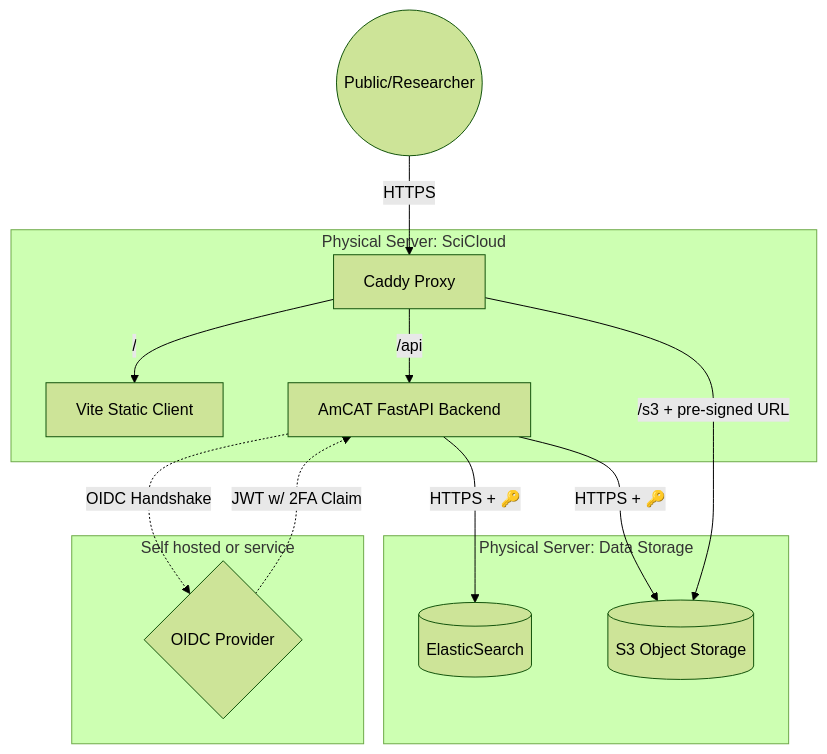
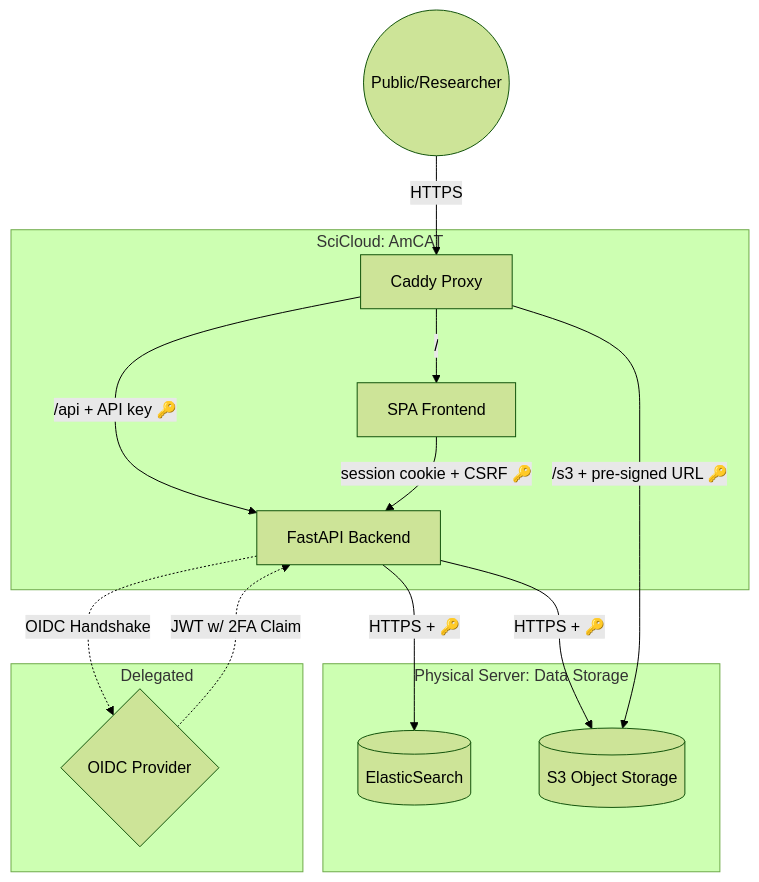
One commit to kasperwelbers/societal-analytics-lab-infra changed the diagram in docs/amcat.md. Above: the diagram before and after it, drawn with Mermaid (forest theme). The commit also changed other lines of this file and 1 other file, not shown here.

Commit message:
minor updates

````diff
--- a/docs/amcat.md
+++ b/docs/amcat.md
@@ -7,22 +7,23 @@
 ```mermaid
 graph TD
     User((Public/Researcher)) -->|HTTPS| Caddy[Caddy Proxy]
     
-    subgraph SciCloud [Physical Server: SciCloud]
-        Caddy -->|/| Vite[Vite Static Client]
-        Caddy -->|/api| FastAPI[AmCAT FastAPI Backend]
+    subgraph SciCloud [SciCloud: AmCAT]
+        Caddy -->|/| Frontend[SPA Frontend]
+        Caddy -->|/api + API key 🔑| Backend[FastAPI Backend]
+        Frontend -->|session cookie + CSRF 🔑| Backend
     end
 
     subgraph Storage [Physical Server: Data Storage]
-        FastAPI -->|HTTPS + 🔑| ES[(ElasticSearch)]
-        FastAPI -->|HTTPS + 🔑| S3[(S3 Object Storage)]
+        Backend -->|HTTPS + 🔑| ES[(ElasticSearch)]
+        Backend -->|HTTPS + 🔑| S3[(S3 Object Storage)]
     end
 
-    subgraph Auth [Self hosted or service]
-        FastAPI -.->|OIDC Handshake| IdP{OIDC Provider}
-        IdP -.->|JWT w/ 2FA Claim| FastAPI
+    subgraph Auth [Delegated]
+        Backend -.->|OIDC Handshake| IdP{OIDC Provider}
+        IdP -.->|JWT w/ 2FA Claim| Backend
     end
     
     %% Connections for direct S3 access mentioned earlier
-    Caddy -->|/s3 + pre-signed URL| S3
+    Caddy -->|/s3 + pre-signed URL 🔑| S3
 ```
````
